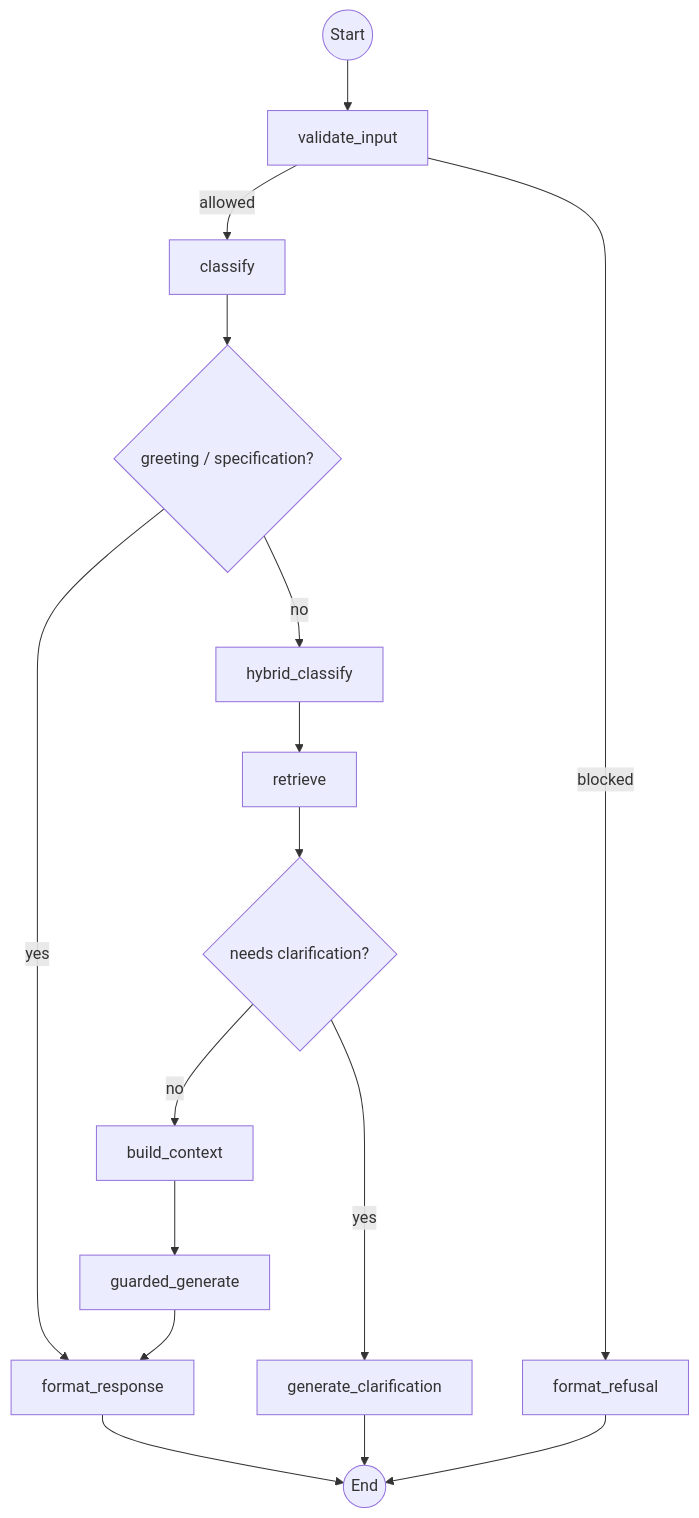
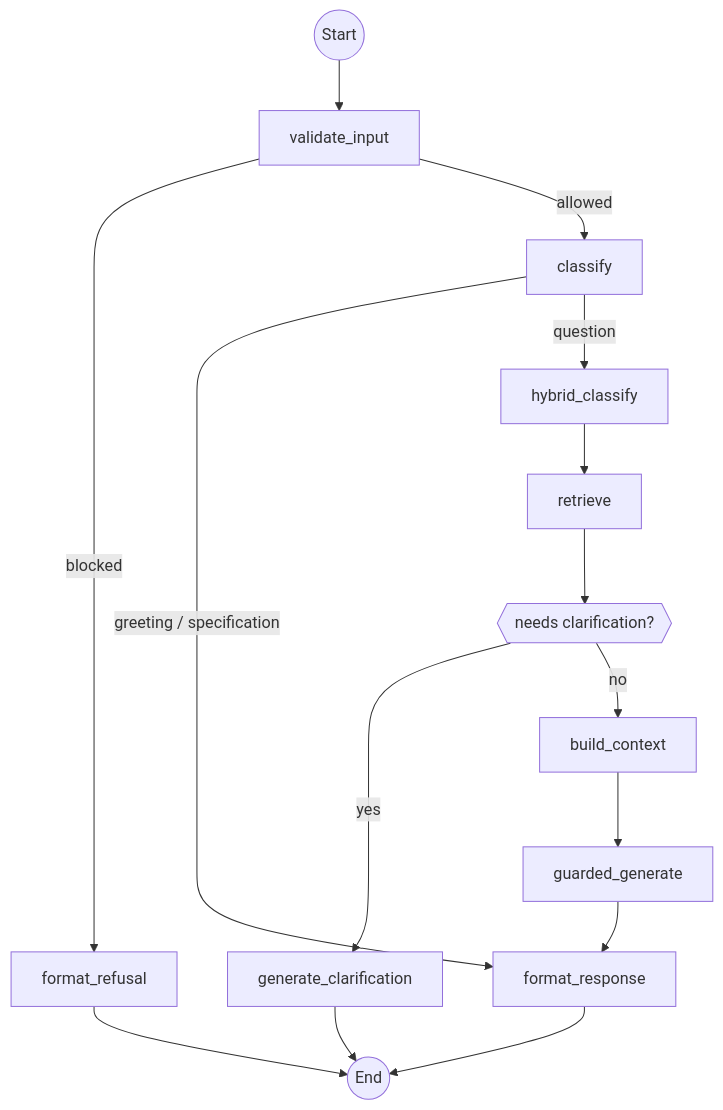
Before and after one commit to AliNikkhah2001/Work_Credit-RAG_Phase1: the third of 3 diagrams in README.md, drawn with Mermaid. The commit also changed other lines of this file, not shown here.

Commit message:
docs: rewrite self-contained umbrella README, summary changelog + production architecture

````diff
--- a/README.md
+++ b/README.md
@@ -421,18 +152,30 @@
 ```mermaid
 flowchart TD
-    Start((Start)) --> VI[validate_input]
-    VI -->|blocked| Ref[format_refusal]
-    VI -->|allowed| Cl[classify]
-    Cl --> R{greeting / specification?}
-    R -->|yes| Fr[format_response]
-    Fr --> End((End))
-    R -->|no| Hc[hybrid_classify]
-    Hc --> Ret[retrieve]
-    Ret --> SC{needs clarification?}
-    SC -->|yes| Gc[generate_clarification]
-    Gc --> End((End))
-    SC -->|no| Bc[build_context]
-    Bc --> Gg[guarded_generate]
-    Gg --> Fr
-    Ref --> End((End))
+    Start((Start))
+    VI[validate_input]
+    Cl[classify]
+    HC[hybrid_classify]
+    Ret[retrieve]
+    Dec{{needs clarification?}}
+    GC[generate_clarification]
+    BC[build_context]
+    GG[guarded_generate]
+    FR[format_response]
+    Ref[format_refusal]
+    End((End))
+
+    Start --> VI
+    VI -->|blocked| Ref
+    VI -->|allowed| Cl
+    Cl -->|greeting / specification| FR
+    Cl -->|question| HC
+    HC --> Ret
+    Ret --> Dec
+    Dec -->|yes| GC
+    Dec -->|no| BC
+    GC --> End
+    BC --> GG
+    GG --> FR
+    Ref --> End
+    FR --> End
 ```
````
